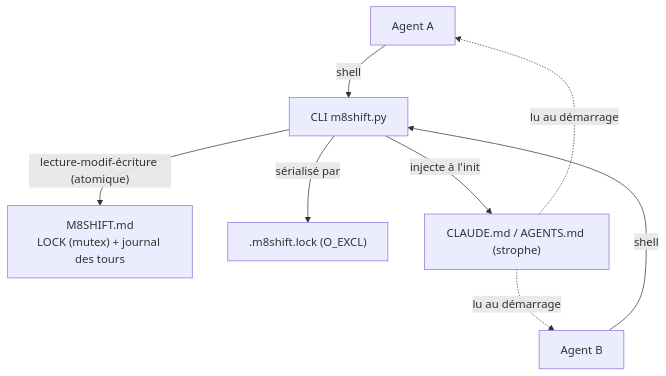
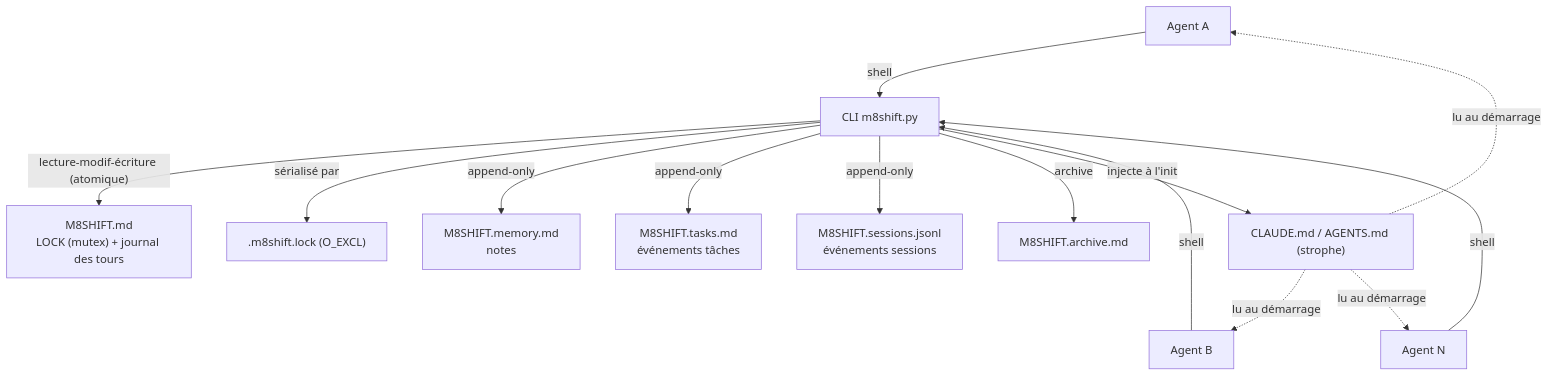
One commit to M8Shift/M8Shift changed the first of 4 diagrams in docs/fr/architecture.md. Above: the diagram before and after it, drawn with Mermaid. The commit also changed other lines of this file and 14 other files, not shown here.

````diff
--- a/docs/fr/architecture.md
+++ b/docs/fr/architecture.md
@@ -74,10 +84,16 @@
 ```mermaid
 flowchart TB
     A["Agent A"] -- shell --> CLI["CLI m8shift.py"]
     B["Agent B"] -- shell --> CLI
+    N["Agent N"] -- shell --> CLI
     CLI -- "lecture-modif-écriture (atomique)" --> LK["M8SHIFT.md<br/>LOCK (mutex) + journal des tours"]
     CLI -- "sérialisé par" --> LF[".m8shift.lock (O_EXCL)"]
+    CLI -- "append-only" --> MEM["M8SHIFT.memory.md<br/>notes"]
+    CLI -- "append-only" --> TASK["M8SHIFT.tasks.md<br/>événements tâches"]
+    CLI -- "append-only" --> SESS["M8SHIFT.sessions.jsonl<br/>événements sessions"]
+    CLI -- "archive" --> ARC["M8SHIFT.archive.md"]
     CLI -- "injecte à l'init" --> AN["CLAUDE.md / AGENTS.md (strophe)"]
     AN -. "lu au démarrage" .-> A
     AN -. "lu au démarrage" .-> B
+    AN -. "lu au démarrage" .-> N
 ```
````
